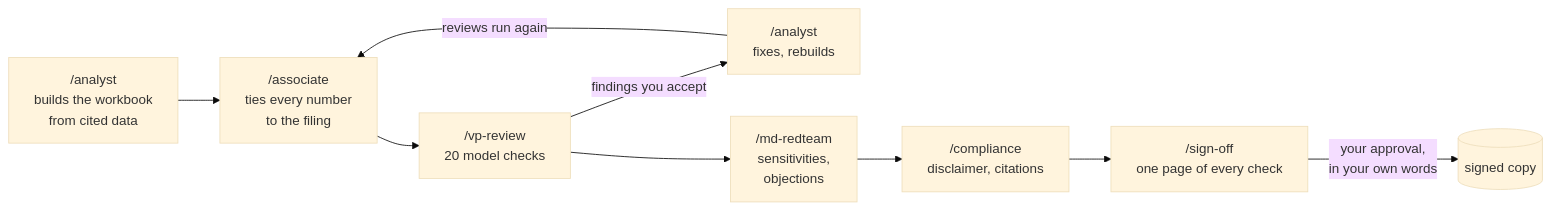
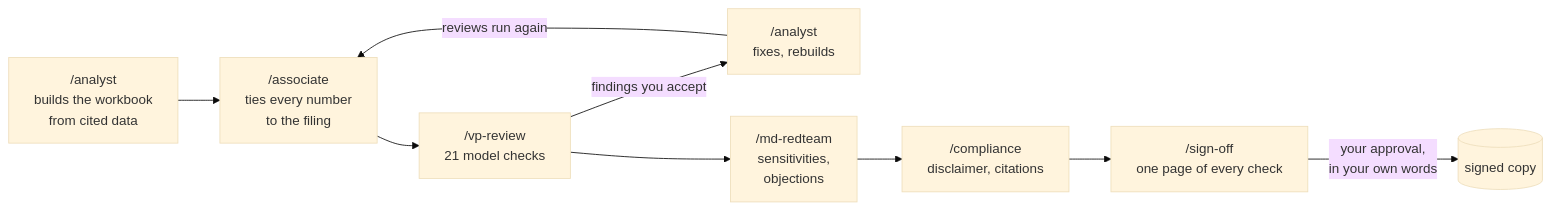
One commit to joaquimmj/deskstack changed the diagram in README.md. Above: the diagram before and after it, drawn with Mermaid (base theme). The commit also changed other lines of this file and 37 other files, not shown here.

````diff
--- a/README.md
+++ b/README.md
@@ -123,11 +124,11 @@
 ```mermaid
 flowchart LR
   A["/analyst<br>builds the workbook<br>from cited data"] --> B["/associate<br>ties every number<br>to the filing"]
-  B --> C["/vp-review<br>20 model checks"]
+  B --> C["/vp-review<br>21 model checks"]
   C -- "findings you accept" --> F["/analyst<br>fixes, rebuilds"]
   F -- "reviews run again" --> B
   C --> D["/md-redteam<br>sensitivities,<br>objections"]
   D --> E["/compliance<br>disclaimer, citations"]
   E --> G["/sign-off<br>one page of every check"]
   G -- "your approval,<br>in your own words" --> H[("signed copy")]
 ```
````
